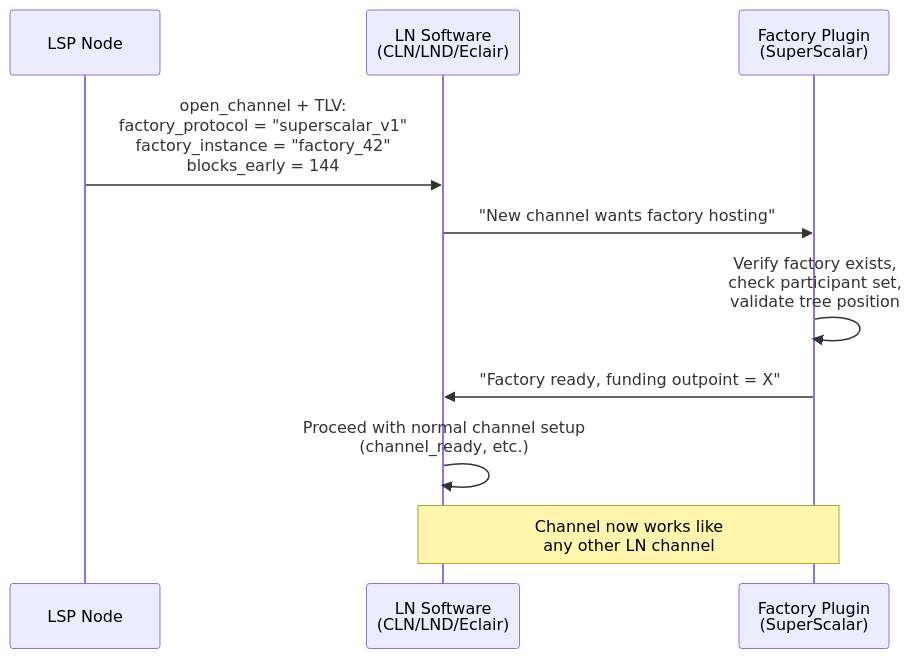
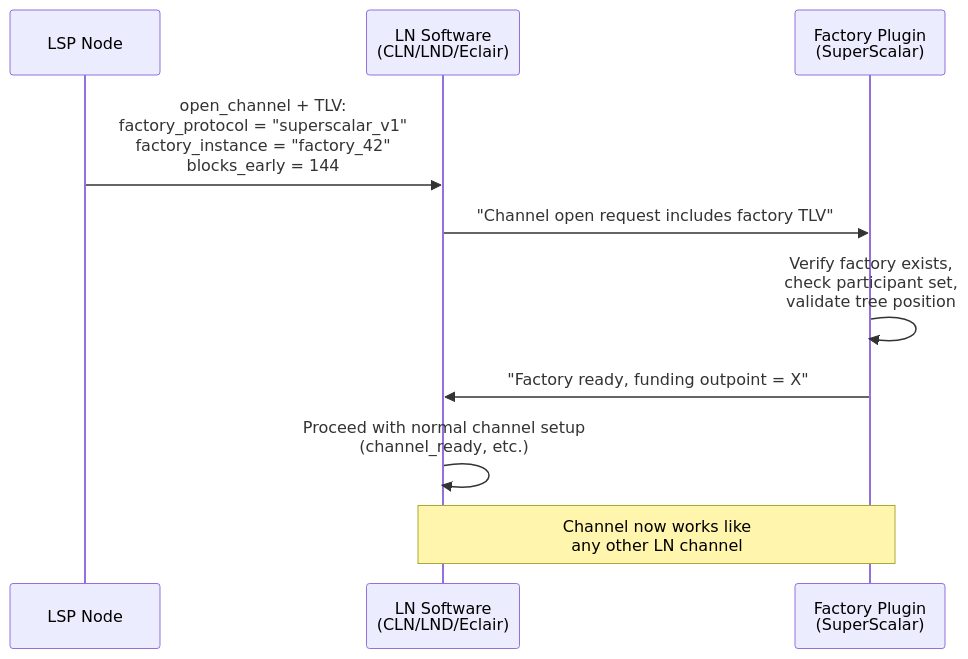
The first of 3 diagrams in extensions/pluggable-factories.md (8144225309/superscalar-docs), drawn with Mermaid before and after one commit. The commit also changed other lines of this file and 31 other files, not shown here.

````diff
--- a/extensions/pluggable-factories.md
+++ b/extensions/pluggable-factories.md
@@ -19,16 +19,16 @@
 ```mermaid
 sequenceDiagram
     participant LSP as LSP Node
     participant LN as LN Software<br/>(CLN/LND/Eclair)
     participant Plugin as Factory Plugin<br/>(SuperScalar)
 
     LSP->>LN: open_channel + TLV:<br/>factory_protocol = "superscalar_v1"<br/>factory_instance = "factory_42"<br/>blocks_early = 144
 
-    LN->>Plugin: "New channel wants factory hosting"
+    LN->>Plugin: "Channel open request includes factory TLV"
     Plugin->>Plugin: Verify factory exists,<br/>check participant set,<br/>validate tree position
 
     Plugin->>LN: "Factory ready, funding outpoint = X"
     LN->>LN: Proceed with normal channel setup<br/>(channel_ready, etc.)
 
     Note over LN,Plugin: Channel now works like<br/>any other LN channel
 ```
````
